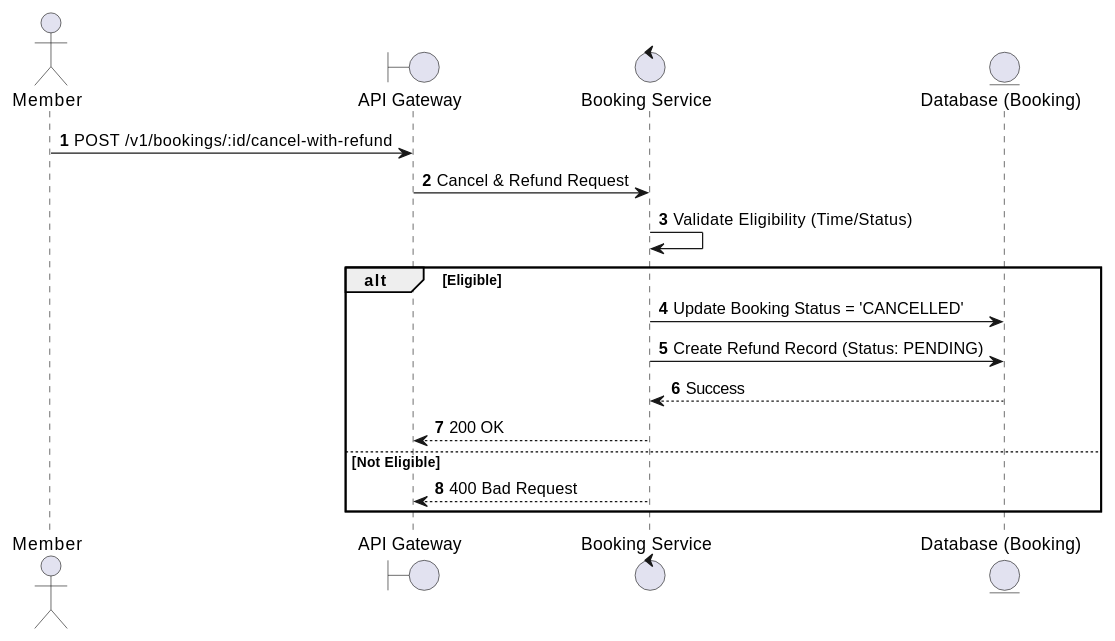
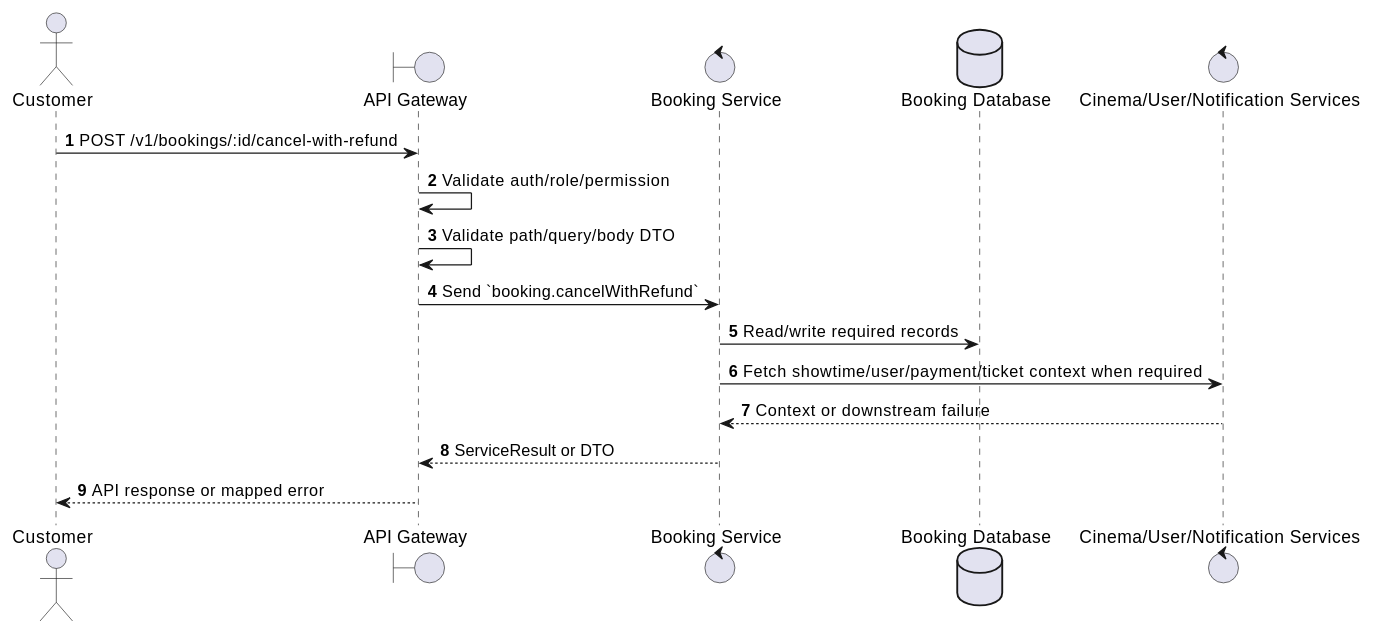
One commit to Tanh1603/movie-hub-architecture changed the first of 2 diagrams in docs/functional_specs/3.5.1_User_Booking_Operations/BK-09_Cancel_with_Refund.md. Above: the diagram before and after it, drawn with PlantUML. The commit also changed other lines of this file and 126 other files, not shown here.

````diff
--- a/docs/functional_specs/3.5.1_User_Booking_Operations/BK-09_Cancel_with_Refund.md
+++ b/docs/functional_specs/3.5.1_User_Booking_Operations/BK-09_Cancel_with_Refund.md
@@ -17,21 +17,20 @@
 ```plantuml
 @startuml
 autonumber
-actor Member
+actor "Customer" as Actor
 boundary "API Gateway" as GW
-control "Booking Service" as BS
-entity "Database (Booking)" as DB
+control "Booking Service" as SVC
+database "Booking Database" as DB
+control "Cinema/User/Notification Services" as EXT
 
-Member -> GW: POST /v1/bookings/:id/cancel-with-refund
-GW -> BS: Cancel & Refund Request
-BS -> BS: Validate Eligibility (Time/Status)
-alt Eligible
-    BS -> DB: Update Booking Status = 'CANCELLED'
-    BS -> DB: Create Refund Record (Status: PENDING)
-    DB --> BS: Success
-    BS --> GW: 200 OK
-else Not Eligible
-    BS --> GW: 400 Bad Request
-end
+Actor -> GW: POST /v1/bookings/:id/cancel-with-refund
+GW -> GW: Validate auth/role/permission
+GW -> GW: Validate path/query/body DTO
+GW -> SVC: Send `booking.cancelWithRefund`
+SVC -> DB: Read/write required records
+SVC -> EXT: Fetch showtime/user/payment/ticket context when required
+EXT --> SVC: Context or downstream failure
+SVC --> GW: ServiceResult or DTO
+GW --> Actor: API response or mapped error
 @enduml
 ```
````
